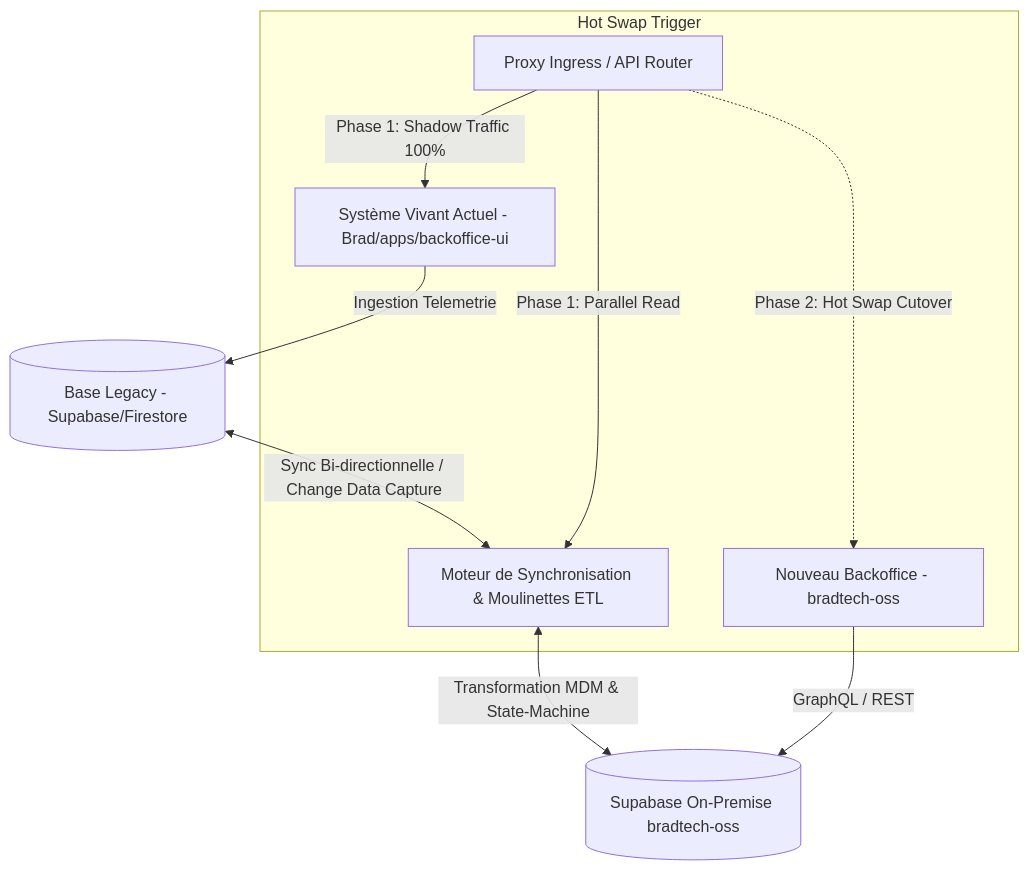
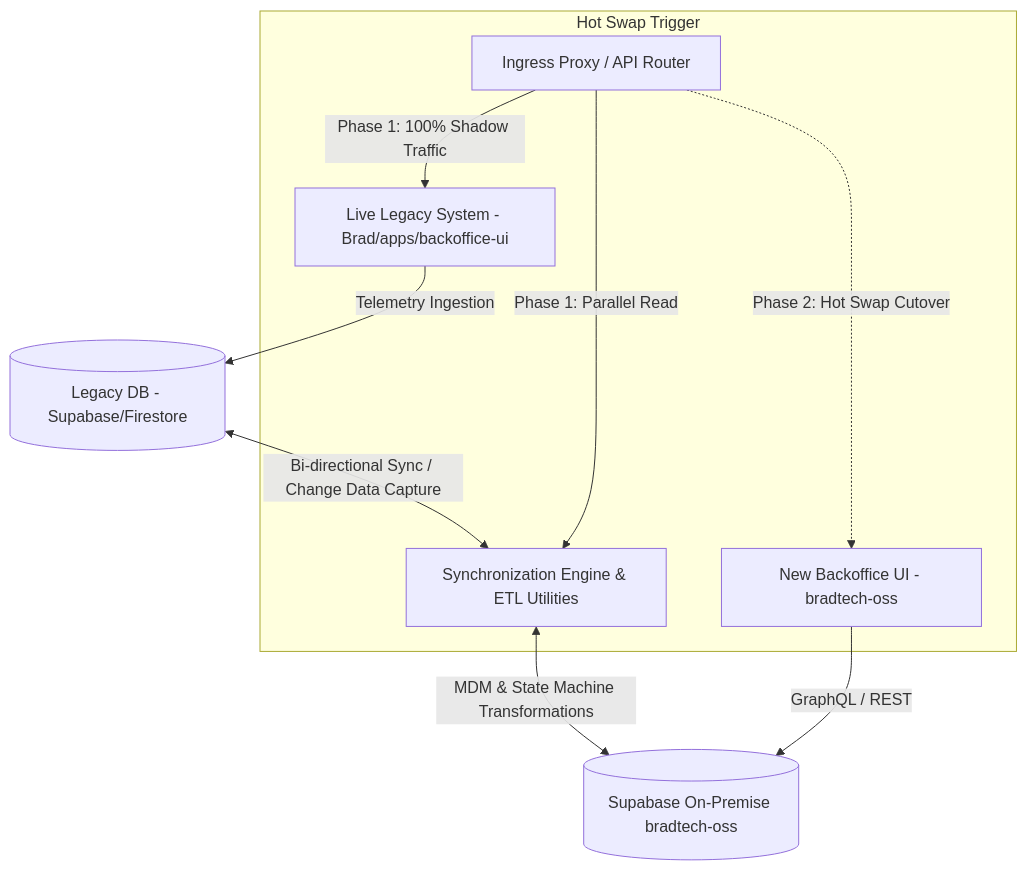
One commit to bradtech-oss/stack changed the diagram in docs/architecture/DATA_SYNC_AND_HOT_SWAP.fr.md. Above: the diagram before and after it, drawn with Mermaid. The commit also changed other lines of this file and 23 other files, not shown here.

Commit message:
docs: add standardized previous/next navigation links and README returns across all 24 architecture documents

````diff
--- a/docs/architecture/DATA_SYNC_AND_HOT_SWAP.fr.md
+++ b/docs/architecture/DATA_SYNC_AND_HOT_SWAP.fr.md
@@ -14,18 +15,18 @@
 ```mermaid
 graph TD
-    LegacyApp[Système Vivant Actuel - Brad/apps/backoffice-ui] -->|Ingestion Telemetrie| LegacyDB[(Base Legacy - Supabase/Firestore)]
+    LegacyApp["Live Legacy System - Brad/apps/backoffice-ui"] -->|Telemetry Ingestion| LegacyDB[("Legacy DB - Supabase/Firestore")]
     
-    SyncEngine[Moteur de Synchronisation & Moulinettes ETL]
+    SyncEngine["Synchronization Engine & ETL Utilities"]
     
-    LegacyDB <-->|Sync Bi-directionnelle / Change Data Capture| SyncEngine
-    SyncEngine <-->|Transformation MDM & State-Machine| OSSDB[(Supabase On-Premise bradtech-oss)]
+    LegacyDB <-->|Bi-directional Sync / Change Data Capture| SyncEngine
+    SyncEngine <-->|MDM & State Machine Transformations| OSSDB[("Supabase On-Premise bradtech-oss")]
     
-    OSSApp[Nouveau Backoffice - bradtech-oss] -->|GraphQL / REST| OSSDB
+    OSSApp["New Backoffice UI - bradtech-oss"] -->|GraphQL / REST| OSSDB
     
-    subgraph Hot Swap Trigger
-        Router[Proxy Ingress / API Router]
-        Router -->|Phase 1: Shadow Traffic 100%| LegacyApp
+    subgraph HotSwapTrigger ["Hot Swap Trigger"]
+        Router["Ingress Proxy / API Router"]
+        Router -->|Phase 1: 100% Shadow Traffic| LegacyApp
         Router -->|Phase 1: Parallel Read| SyncEngine
         Router -.->|Phase 2: Hot Swap Cutover| OSSApp
     end
 ```
````
